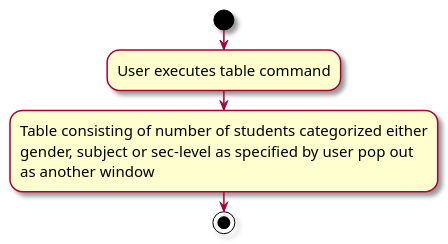
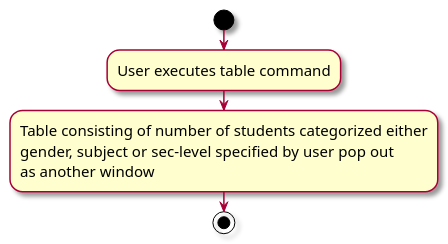
One commit to nus-cs2103-AY2324S1/tp changed the diagram in docs/diagrams/TableActivityDiagram.puml. Above: the diagram before and after it, drawn with PlantUML. The commit also changed 3 other files, not shown here.

```diff
--- a/docs/diagrams/TableActivityDiagram.puml
+++ b/docs/diagrams/TableActivityDiagram.puml
@@ -1,11 +1,11 @@
 @startuml
 skin rose
 skinparam ActivityFontSize 15
 skinparam ArrowFontSize 12
 start
 :User executes table command;
 :Table consisting of number of students categorized either
-gender, subject or sec-level as specified by user pop out
+gender, subject or sec-level specified by user pop out
 as another window;
 stop
 @enduml
```
